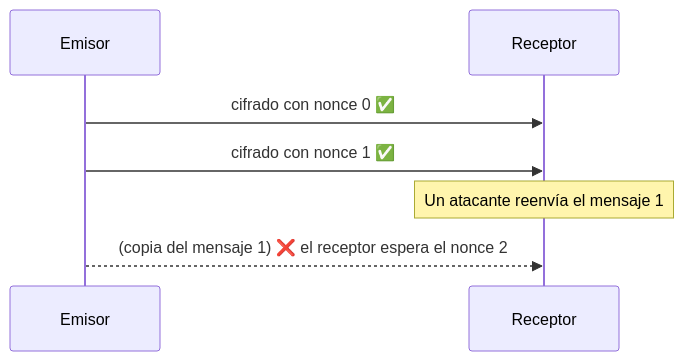
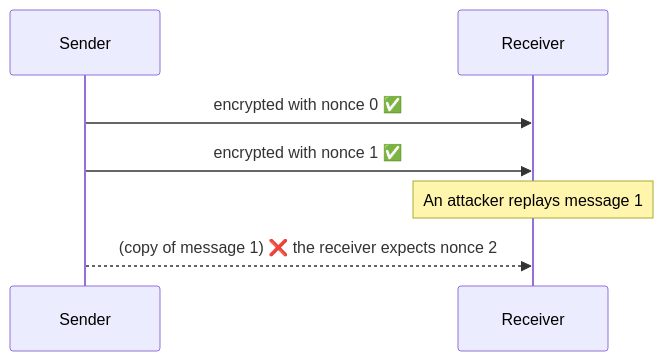
Before and after one commit to fsoftt/Murmur: the diagram in website/concepts/authenticated-encryption.md, drawn with Mermaid. The commit also changed other lines of this file and 51 other files, not shown here.

````diff
--- a/website/concepts/authenticated-encryption.md
+++ b/website/concepts/authenticated-encryption.md
@@ -23,9 +23,9 @@
 ```mermaid
 sequenceDiagram
-    participant A as Emisor
-    participant B as Receptor
-    A->>B: cifrado con nonce 0 ✅
-    A->>B: cifrado con nonce 1 ✅
-    Note over B: Un atacante reenvía el mensaje 1
-    A-->>B: (copia del mensaje 1) ❌ el receptor espera el nonce 2
+    participant A as Sender
+    participant B as Receiver
+    A->>B: encrypted with nonce 0 ✅
+    A->>B: encrypted with nonce 1 ✅
+    Note over B: An attacker replays message 1
+    A-->>B: (copy of message 1) ❌ the receiver expects nonce 2
 ```
````
